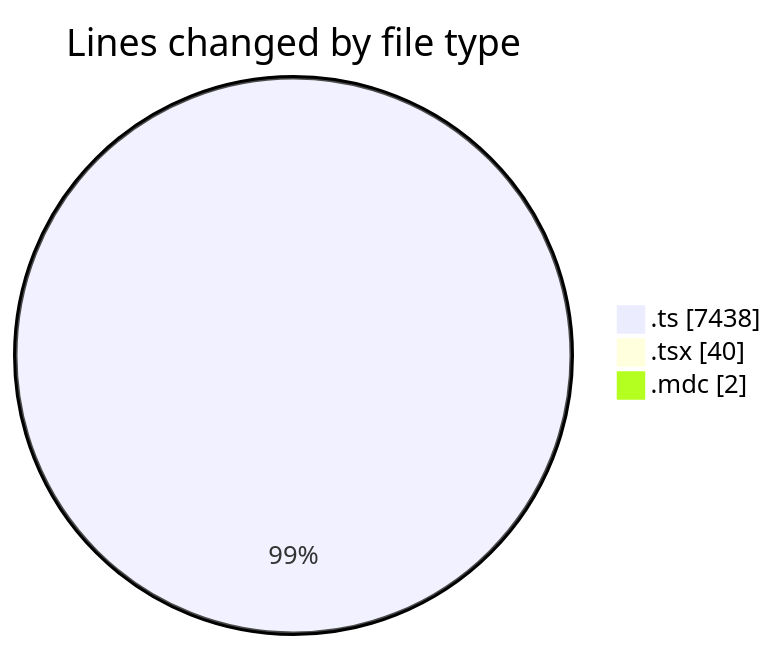
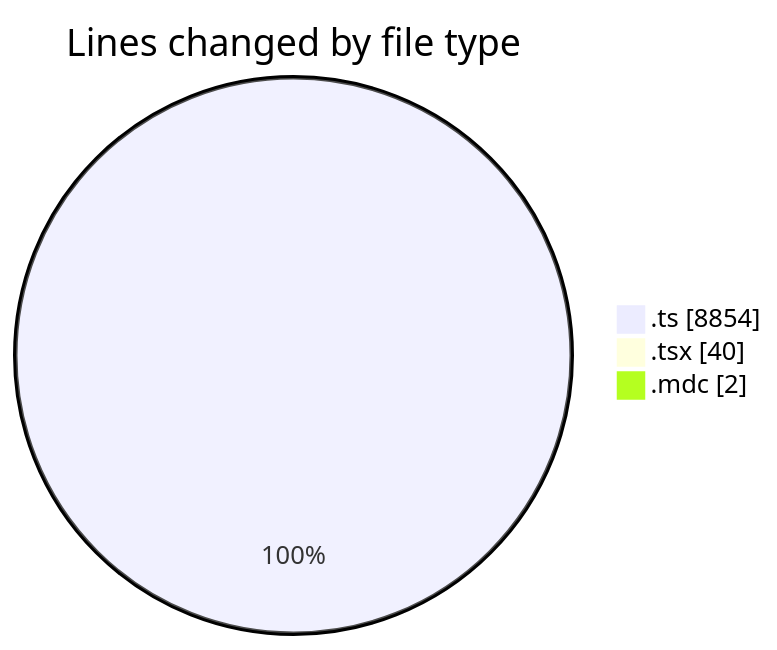
The first of 2 diagrams in 2025-06-06/ecodeli-1/README.md (CELIANVF/code-tracking), drawn with Mermaid before and after one commit. The commit also changed other lines of this file and 1 other file, not shown here.

````diff
--- a/2025-06-06/ecodeli-1/README.md
+++ b/2025-06-06/ecodeli-1/README.md
@@ -35,7 +40,7 @@
 ```mermaid
 pie showData
 title Lines changed by file type
-".ts" : 7438
+".ts" : 8854
 ".tsx" : 40
 ".mdc" : 2
 ```
````
